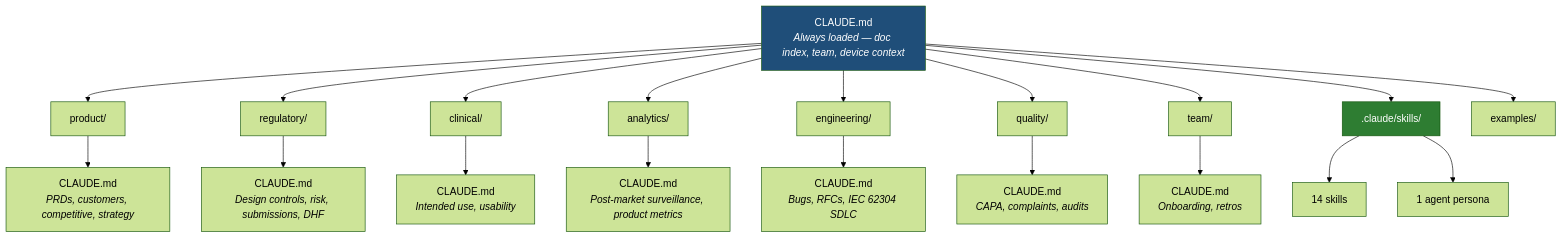
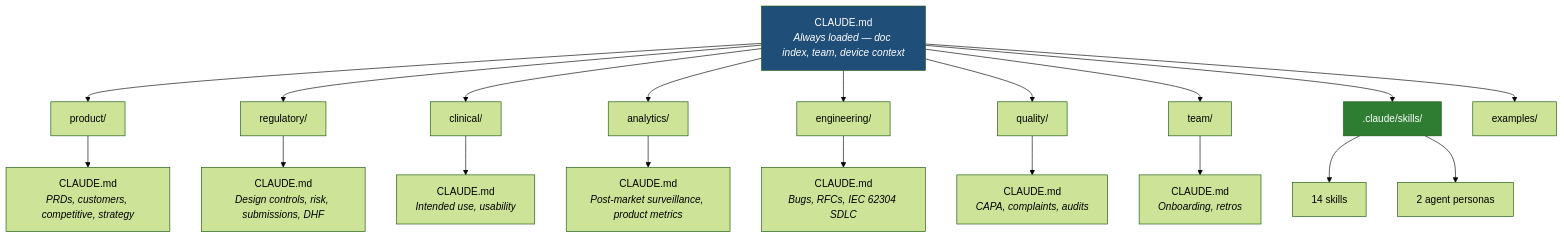
The diagram in README.md (mc-barnes/pm-os), drawn with Mermaid (forest theme) before and after one commit. The commit also changed other lines of this file, not shown here.

````diff
--- a/README.md
+++ b/README.md
@@ -9,28 +9,28 @@
 ```mermaid
 graph TD
     ROOT["CLAUDE.md<br/><i>Always loaded — doc index, team, device context</i>"]
 
     ROOT --> PROD["product/"]
     ROOT --> REG["regulatory/"]
     ROOT --> CLIN["clinical/"]
     ROOT --> ANA["analytics/"]
     ROOT --> ENG["engineering/"]
     ROOT --> QUAL["quality/"]
     ROOT --> TEAM["team/"]
     ROOT --> SKILLS[".claude/skills/"]
     ROOT --> EX["examples/"]
 
     PROD --> P_NAV["CLAUDE.md<br/><i>PRDs, customers, competitive, strategy</i>"]
     REG --> R_NAV["CLAUDE.md<br/><i>Design controls, risk, submissions, DHF</i>"]
     CLIN --> C_NAV["CLAUDE.md<br/><i>Intended use, usability</i>"]
     ANA --> A_NAV["CLAUDE.md<br/><i>Post-market surveillance, product metrics</i>"]
     ENG --> E_NAV["CLAUDE.md<br/><i>Bugs, RFCs, IEC 62304 SDLC</i>"]
     QUAL --> Q_NAV["CLAUDE.md<br/><i>CAPA, complaints, audits</i>"]
     TEAM --> T_NAV["CLAUDE.md<br/><i>Onboarding, retros</i>"]
 
     SKILLS --> S1["14 skills"]
-    SKILLS --> S2["1 agent persona"]
+    SKILLS --> S2["2 agent personas"]
 
     style ROOT fill:#1F4E79,color:#fff
     style SKILLS fill:#2E7D32,color:#fff
 ```
````
